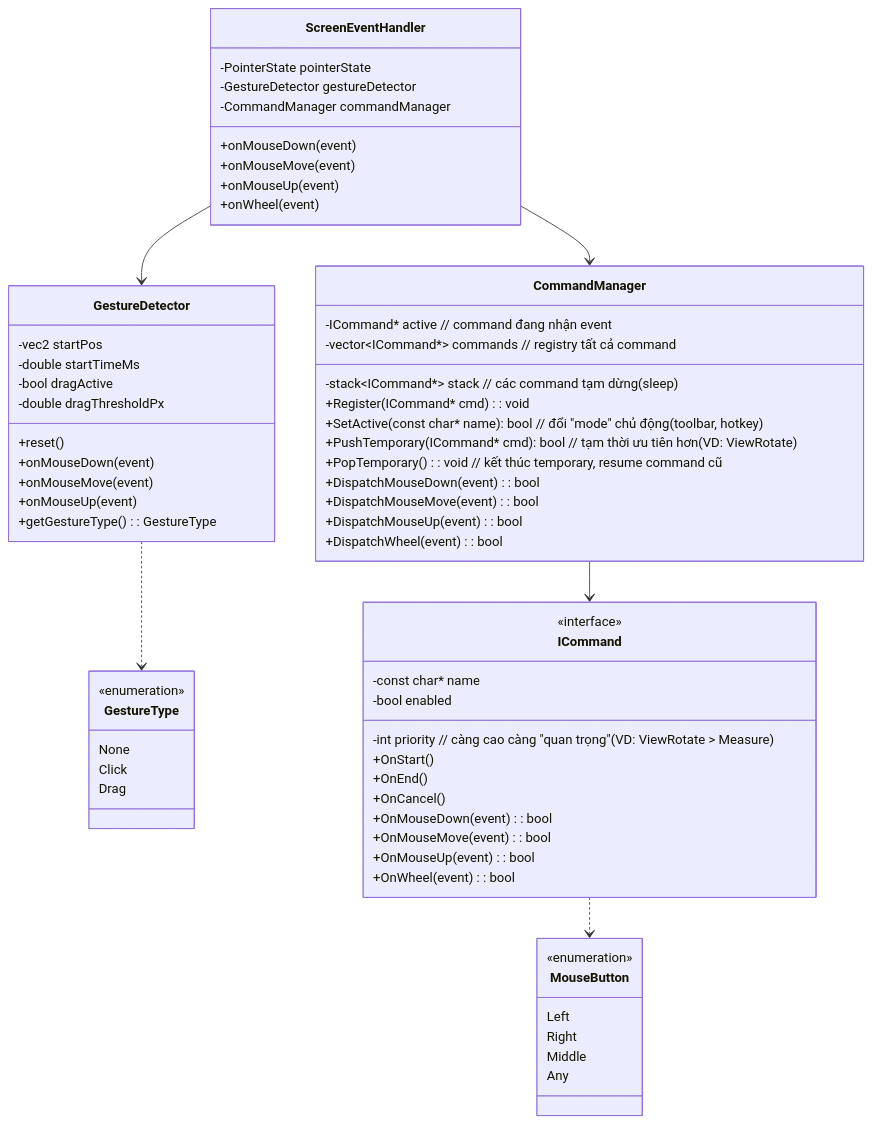
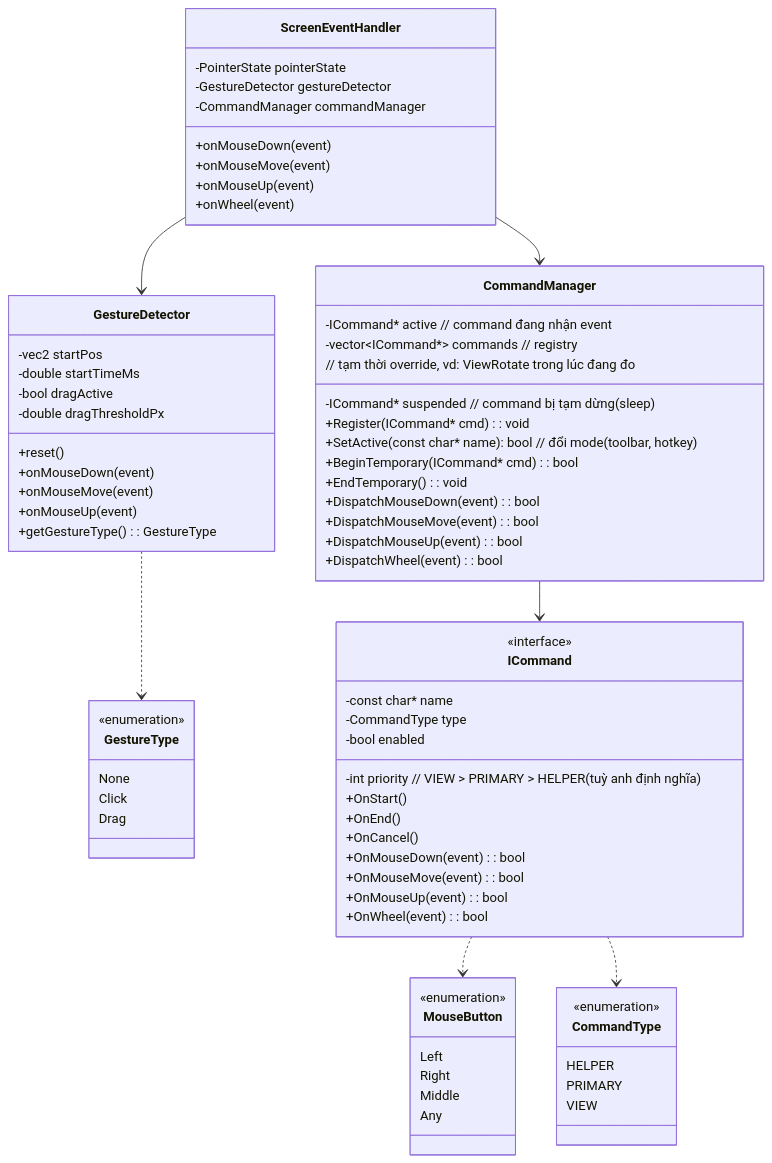
The first of 2 diagrams in GraphV6-ChatGPT.md (vfa-khaidt1/vfa-cdn), drawn with Mermaid before and after one commit.

````diff
--- a/GraphV6-ChatGPT.md
+++ b/GraphV6-ChatGPT.md
@@ -13,6 +13,13 @@
         None
         Click
         Drag
+    }
+
+    class CommandType {
+        <<enumeration>>
+        HELPER
+        PRIMARY 
+        VIEW
     }
 
     class ScreenEventHandler {
@@ -40,7 +47,8 @@
     class ICommand {
         <<interface>>
         -const char* name
-        -int priority      // càng cao càng "quan trọng" (VD: ViewRotate > Measure)
+        -CommandType type
+        -int priority       // VIEW > PRIMARY > HELPER (tuỳ anh định nghĩa)
         -bool enabled
         +OnStart()
         +OnEnd()
@@ -52,14 +60,16 @@
     }
 
     class CommandManager {
-        -ICommand* active                  // command đang nhận event
-        -stack~ICommand*~ stack           // các command tạm dừng (sleep)
-        -vector~ICommand*~ commands       // registry tất cả command
+        -ICommand* active              // command đang nhận event
+        -ICommand* suspended           // command bị tạm dừng (sleep)
+        -vector~ICommand*~ commands    // registry
 
         +Register(ICommand* cmd): void
-        +SetActive(const char* name): bool        // đổi "mode" chủ động (toolbar, hotkey)
-        +PushTemporary(ICommand* cmd): bool       // tạm thời ưu tiên hơn (VD: ViewRotate)
-        +PopTemporary(): void                     // kết thúc temporary, resume command cũ
+        +SetActive(const char* name): bool      // đổi mode (toolbar, hotkey)
+
+        // tạm thời override, vd: ViewRotate trong lúc đang đo
+        +BeginTemporary(ICommand* cmd): bool    
+        +EndTemporary(): void                   
 
         +DispatchMouseDown(event): bool
         +DispatchMouseMove(event): bool
@@ -70,6 +80,9 @@
     ScreenEventHandler --> GestureDetector
     ScreenEventHandler --> CommandManager
     GestureDetector ..> GestureType
+
     CommandManager --> ICommand
     ICommand ..> MouseButton
+    ICommand ..> CommandType
+
 ```
````
